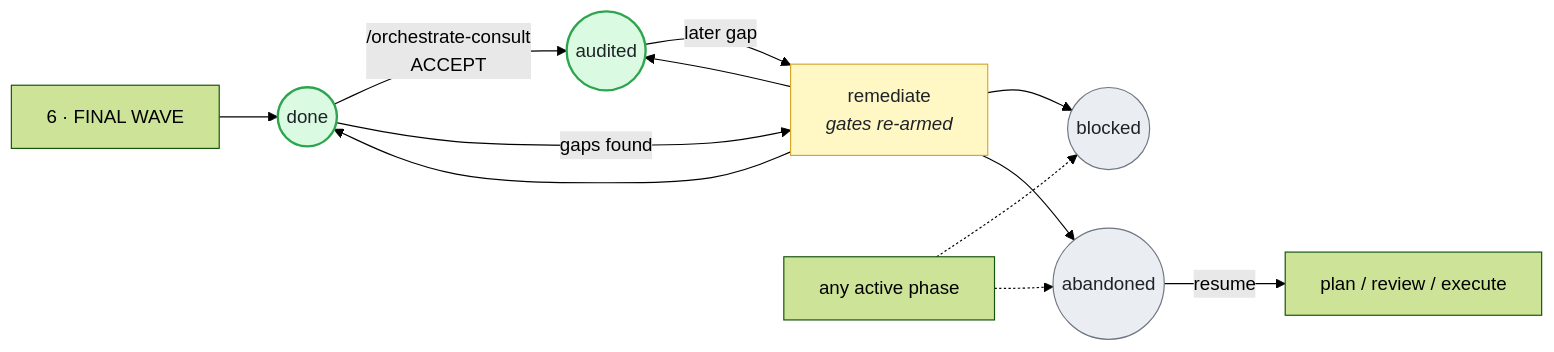
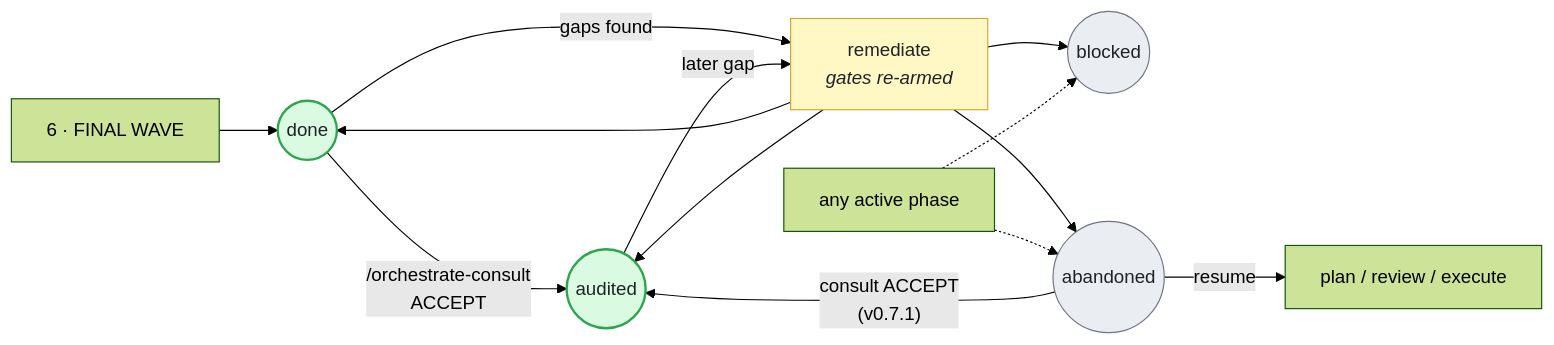
One commit to amartinawi/zodyssey changed the second of 6 diagrams in docs/diagrams.md. Above: the diagram before and after it, drawn with Mermaid (forest theme). The commit also changed other lines of this file and 2 other files, not shown here.

First line of the commit message:
docs: catch README, ROADMAP and diagrams up through v0.7.2

````diff
--- a/docs/diagrams.md
+++ b/docs/diagrams.md
@@ -48,21 +48,22 @@
 ```mermaid
 flowchart LR
     F["6 · FINAL WAVE"] --> DONE(("done"))
     DONE -- "/orchestrate-consult<br/>ACCEPT" --> AUD(("audited"))
     DONE -- "gaps found" --> REM["remediate<br/><i>gates re-armed</i>"]
     AUD -- "later gap" --> REM
     REM --> DONE
     REM --> AUD
     REM --> BLK(("blocked"))
     REM --> ABN(("abandoned"))
     ANY["any active phase"] -.-> BLK
     ANY -.-> ABN
     ABN -- "resume" --> RES["plan / review / execute"]
+    ABN -- "consult ACCEPT<br/>(v0.7.1)" --> AUD
 
     classDef good fill:#dafbe1,stroke:#2da44e,stroke-width:2px,color:#1f2328;
     classDef warn fill:#fff8c5,stroke:#d4a72c,color:#1f2328;
     classDef dead fill:#eaeef2,stroke:#6e7681,color:#1f2328;
     class DONE,AUD good;
     class REM warn;
     class BLK,ABN dead;
 ```
````
